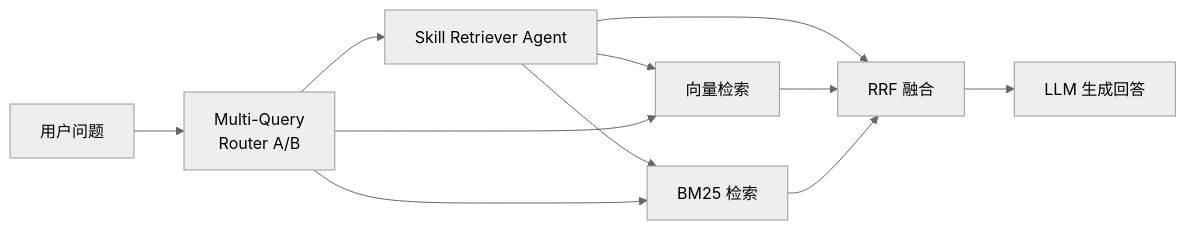
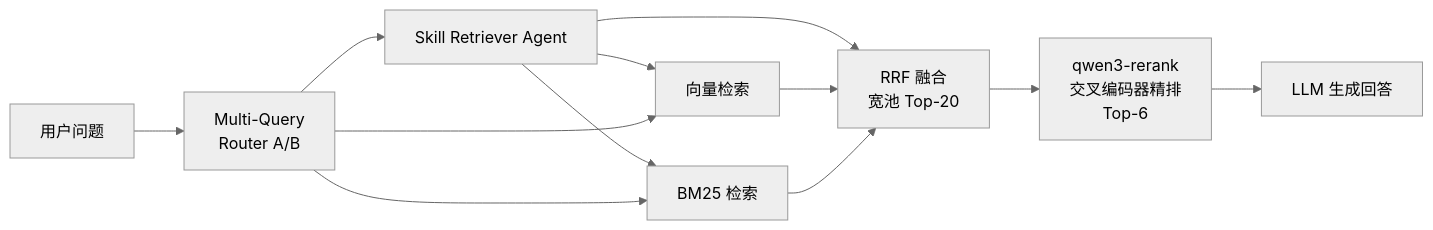
The diagram in README.md (root486/langchain-localAgent), drawn with Mermaid (neutral theme) before and after one commit. The commit also changed other lines of this file, not shown here.

````diff
--- a/README.md
+++ b/README.md
@@ -45,13 +45,14 @@
 ```mermaid
 flowchart LR
     U["用户问题"] --> E["Multi-Query<br/>Router A/B"]
     E --> S["Skill Retriever Agent"]
     S --> V["向量检索"]
     S --> B["BM25 检索"]
     E --> V
     E --> B
-    S --> F["RRF 融合"]
+    S --> F["RRF 融合<br/>宽池 Top-20"]
     V --> F
     B --> F
-    F --> R["LLM 生成回答"]
+    F --> R["qwen3-rerank<br/>交叉编码器精排<br/>Top-6"]
+    R --> G["LLM 生成回答"]
 ```
````
